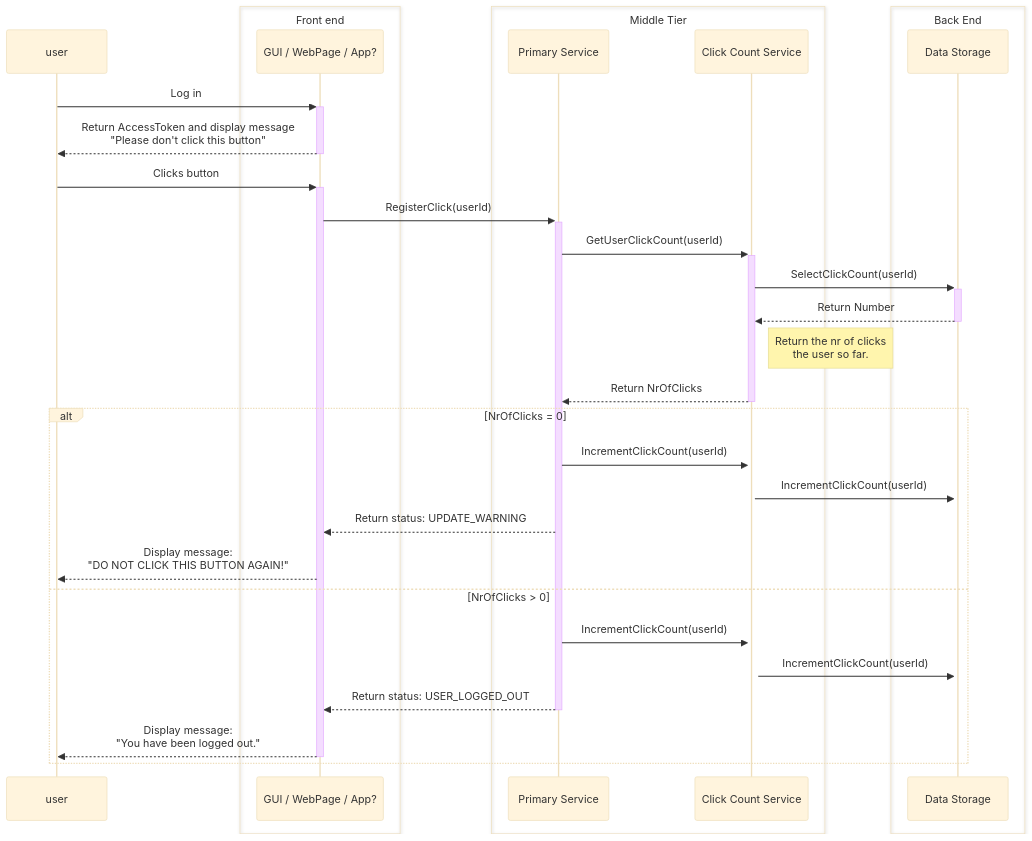
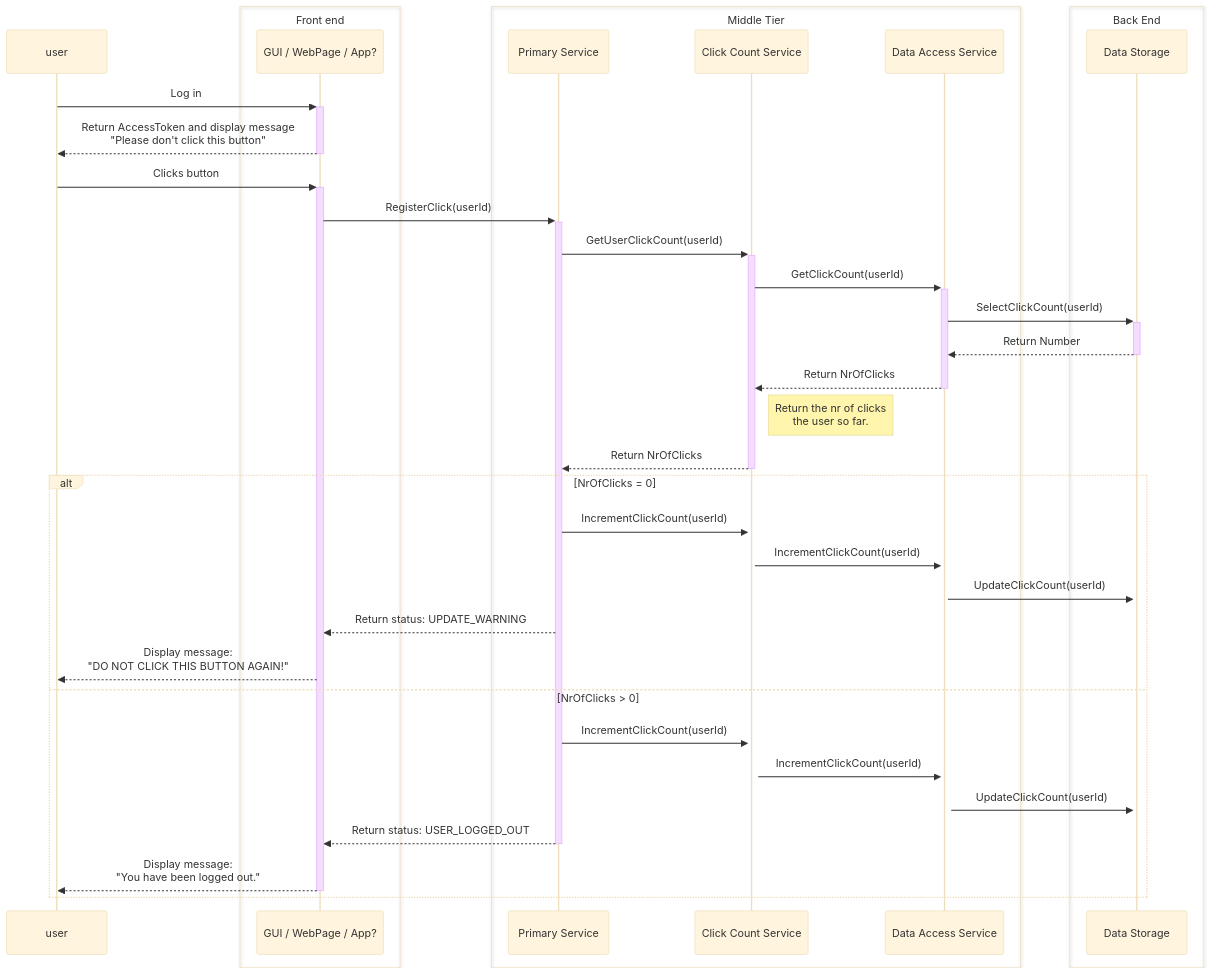
One commit to Kjartanl/mermaid changed the diagram in diagrams/07-sequence.md. Above: the diagram before and after it, drawn with Mermaid (base theme).

Commit message:
Sequence Step 2

````diff
--- a/diagrams/07-sequence.md
+++ b/diagrams/07-sequence.md
@@ -5,46 +5,51 @@
 ```mermaid
 sequenceDiagram
 
 participant U as user
    
 box Front end
     participant FE as GUI / WebPage / App?
 end
 
 box Middle Tier
     participant Svc as Primary Service
     participant Cc as Click Count Service
+    participant Dal as Data Access Service
 end
 
 box Back End
     participant DB as Data Storage
 end
 
 ###########################
 ### User logs in 
 
 U->>+FE: Log in
 FE-->>-U: Return AccessToken and display message <br />"Please don't click this button"
 
 U->>+FE: Clicks button 
 FE->>+Svc: RegisterClick(userId)
 
 
     Svc->>+Cc: GetUserClickCount(userId)
-    Cc->>+DB: SelectClickCount(userId)
-    DB-->>-Cc: Return Number
+    Cc->>+Dal: GetClickCount(userId)
+    Dal->>+DB: SelectClickCount(userId)
+    DB-->>-Dal: Return Number
+    Dal-->>-Cc: Return NrOfClicks 
     Note right of Cc: Return the nr of clicks <br /> the user so far.
     Cc-->>-Svc: Return NrOfClicks
 
     alt NrOfClicks = 0
         Svc->>+Cc: IncrementClickCount(userId)
-        Cc->>+DB: IncrementClickCount(userId)
+        Cc->>+Dal: IncrementClickCount(userId)
+        Dal->>+DB: UpdateClickCount(userId)
         Svc-->>FE: Return status: UPDATE_WARNING
         FE-->>U: Display message:<br />"DO NOT CLICK THIS BUTTON AGAIN!"
     else NrOfClicks > 0
         Svc->>+Cc: IncrementClickCount(userId)
-        Cc->>+DB: IncrementClickCount(userId)
+        Cc->>+Dal: IncrementClickCount(userId)
+        Dal->>+DB: UpdateClickCount(userId)
         Svc-->>-FE: Return status: USER_LOGGED_OUT
         FE-->>-U: Display message:<br />"You have been logged out."
     end
 ```
````
